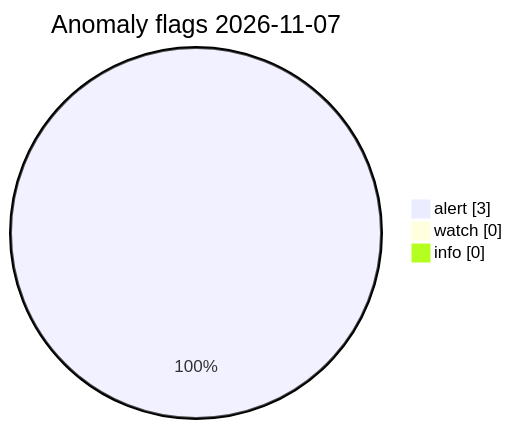
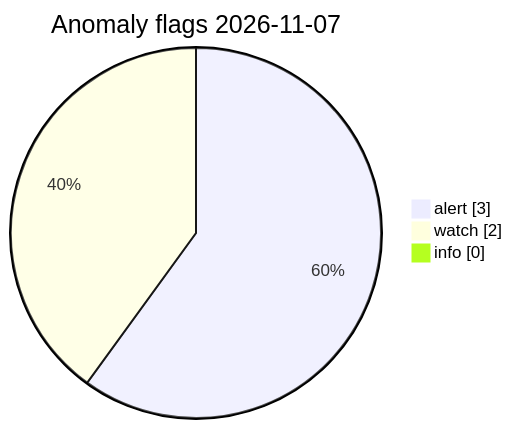
The diagram in visuals/latest/CHARTS.md (Midwest-Stratospheric/Unified-Open-Global-Weather), drawn with Mermaid before and after one commit. The commit also changed other lines of this file and 13 other files, not shown here.

Commit message:
data(visuals): automated charts 2026-11-07T15:50Z

````diff
--- a/visuals/latest/CHARTS.md
+++ b/visuals/latest/CHARTS.md
@@ -73,7 +73,7 @@
 ```mermaid
 pie showData
   title Anomaly flags 2026-11-07
   "alert" : 3
-  "watch" : 0
+  "watch" : 2
   "info" : 0
 ```
````
